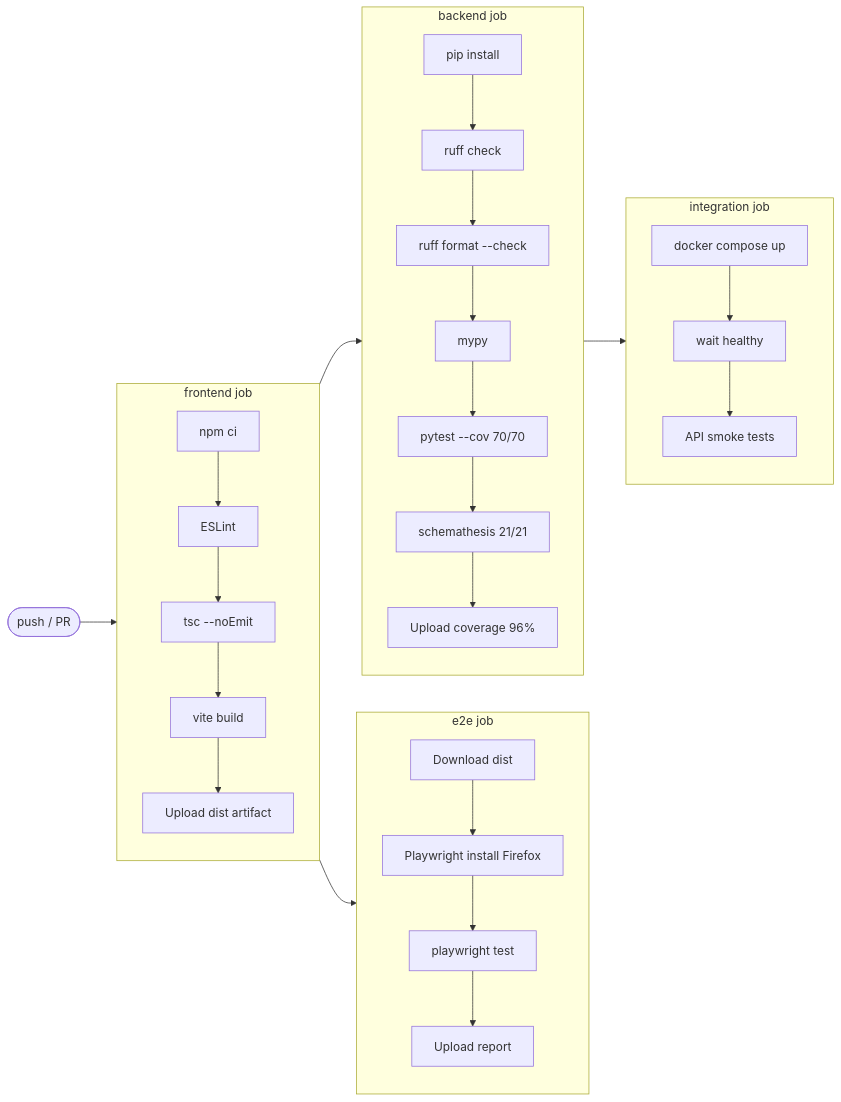
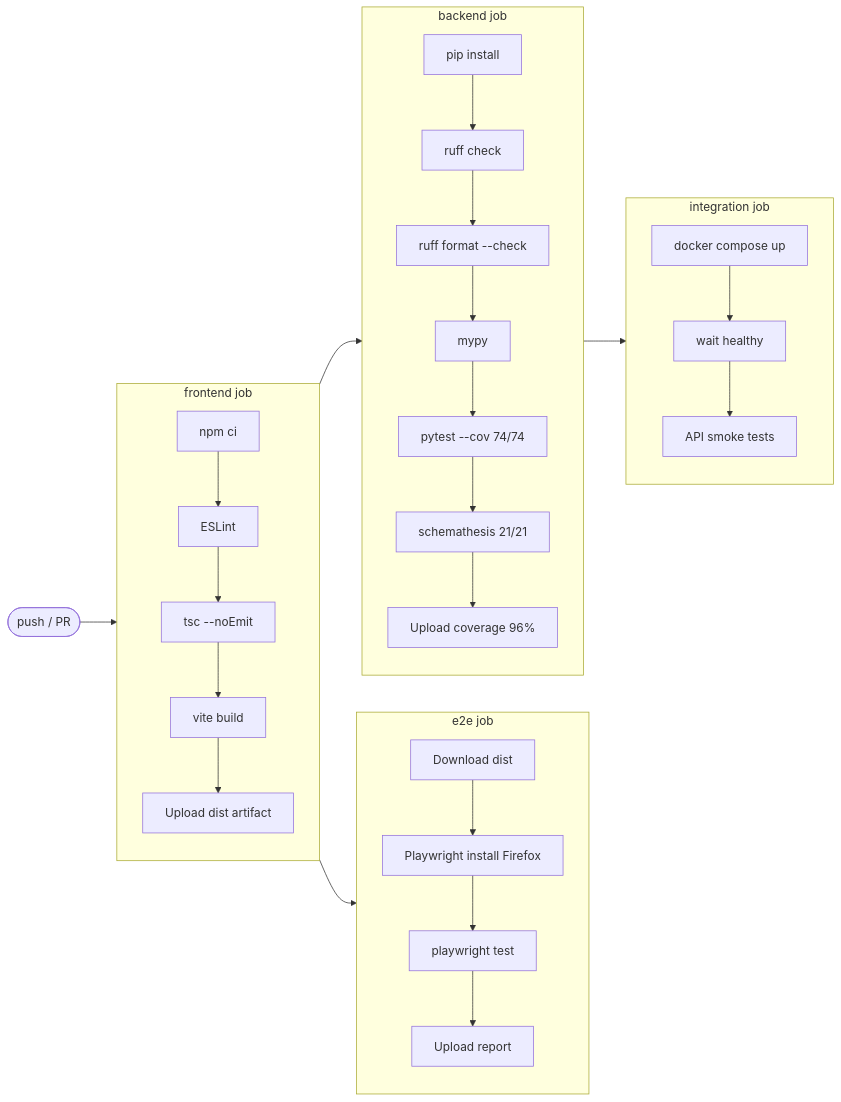
One commit to Kensan196948G/ArcSphere3D changed the second of 3 diagrams in README.md. Above: the diagram before and after it, drawn with Mermaid. The commit also changed other lines of this file, not shown here.

Commit message:
docs(readme): update RBAC description and pytest count 70→74

````diff
--- a/README.md
+++ b/README.md
@@ -139,35 +139,35 @@
 ```mermaid
 flowchart LR
     A([push / PR]) --> F
 
     subgraph F["frontend job"]
         F1[npm ci] --> F2[ESLint]
         F2 --> F3[tsc --noEmit]
         F3 --> F4[vite build]
         F4 --> F5[Upload dist artifact]
     end
 
     subgraph E["e2e job"]
         E1[Download dist] --> E2[Playwright install Firefox]
         E2 --> E3[playwright test]
         E3 --> E4[Upload report]
     end
 
     subgraph B["backend job"]
         B1[pip install] --> B2[ruff check]
         B2 --> B3[ruff format --check]
         B3 --> B4[mypy]
-        B4 --> B5[pytest --cov 70/70]
+        B4 --> B5[pytest --cov 74/74]
         B5 --> B6[schemathesis 21/21]
         B6 --> B7[Upload coverage 96%]
     end
 
     subgraph I["integration job"]
         I1[docker compose up] --> I2[wait healthy]
         I2 --> I3[API smoke tests]
     end
 
     F --> E
     F --> B
     B --> I
 ```
````
